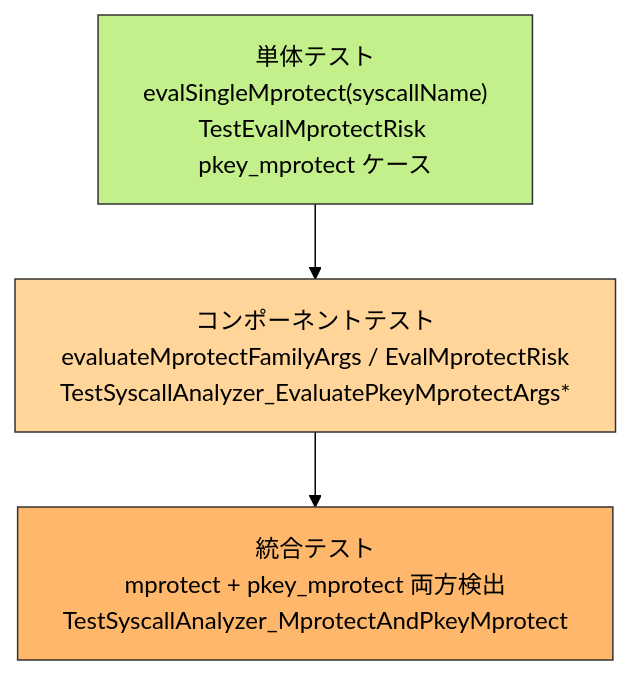
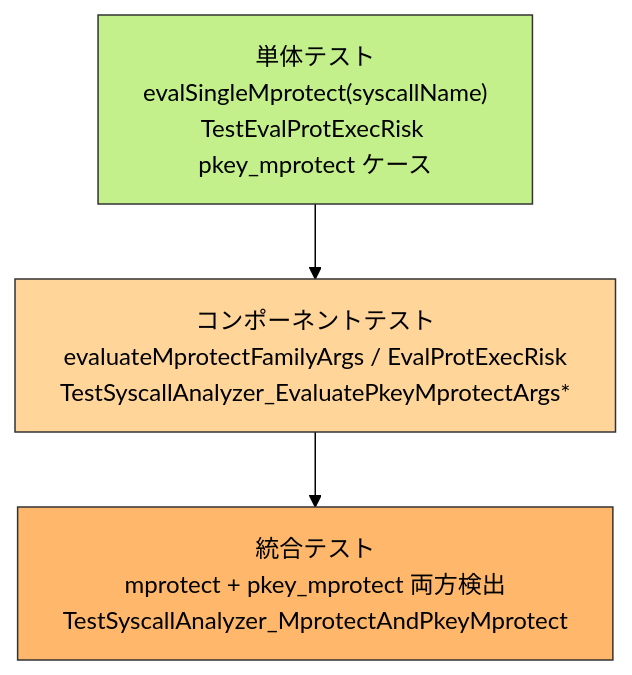
One commit to isseis/go-safe-cmd-runner changed the fifth of 5 diagrams in docs/tasks/0081_pkey_mprotect_detection/02_architecture.md. Above: the diagram before and after it, drawn with Mermaid (forest theme). The commit also changed other lines of this file and 3 other files, not shown here.

First line of the commit message:
docs(0081): rename EvalMprotectRisk to EvalProtExecRisk

````diff
--- a/docs/tasks/0081_pkey_mprotect_detection/02_architecture.md
+++ b/docs/tasks/0081_pkey_mprotect_detection/02_architecture.md
@@ -199,12 +199,12 @@
 ```mermaid
 flowchart TB
     classDef tier1 fill:#ffb86b,stroke:#333,color:#000;
     classDef tier2 fill:#ffd59a,stroke:#333,color:#000;
     classDef tier3 fill:#c3f08a,stroke:#333,color:#000;
 
     T1["統合テスト<br>mprotect + pkey_mprotect 両方検出<br>TestSyscallAnalyzer_MprotectAndPkeyMprotect"]:::tier1
-    T2["コンポーネントテスト<br>evaluateMprotectFamilyArgs / EvalMprotectRisk<br>TestSyscallAnalyzer_EvaluatePkeyMprotectArgs*"]:::tier2
-    T3["単体テスト<br>evalSingleMprotect(syscallName)<br>TestEvalMprotectRisk pkey_mprotect ケース"]:::tier3
+    T2["コンポーネントテスト<br>evaluateMprotectFamilyArgs / EvalProtExecRisk<br>TestSyscallAnalyzer_EvaluatePkeyMprotectArgs*"]:::tier2
+    T3["単体テスト<br>evalSingleMprotect(syscallName)<br>TestEvalProtExecRisk pkey_mprotect ケース"]:::tier3
 
     T3 --> T2 --> T1
 ```
````
